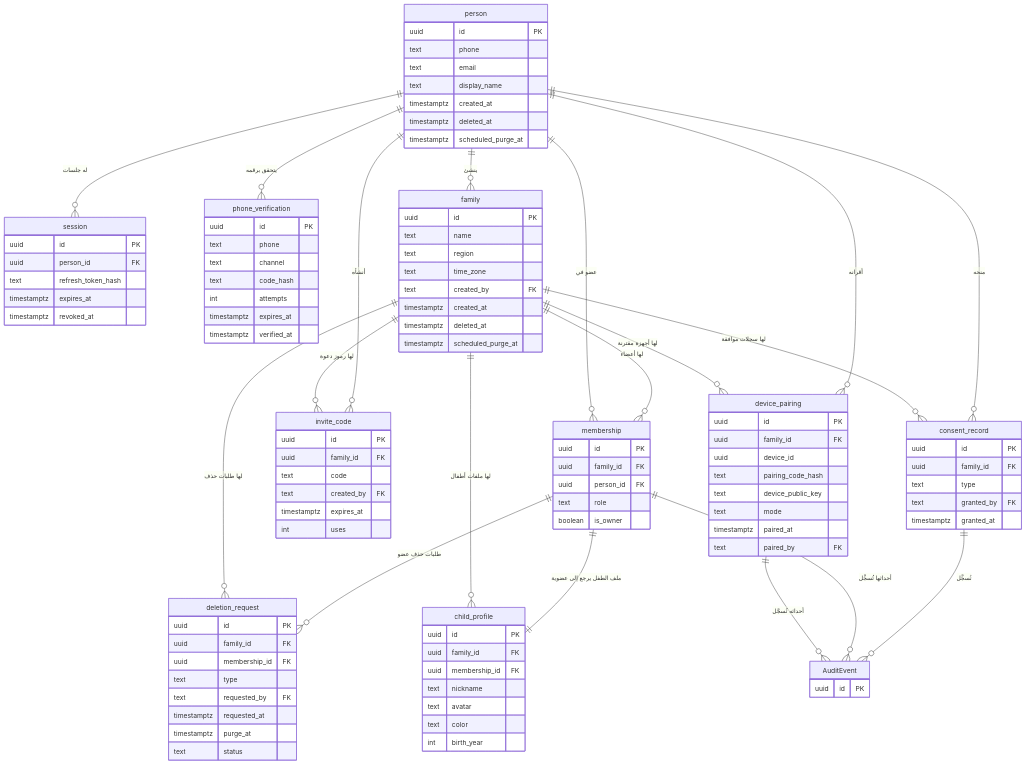
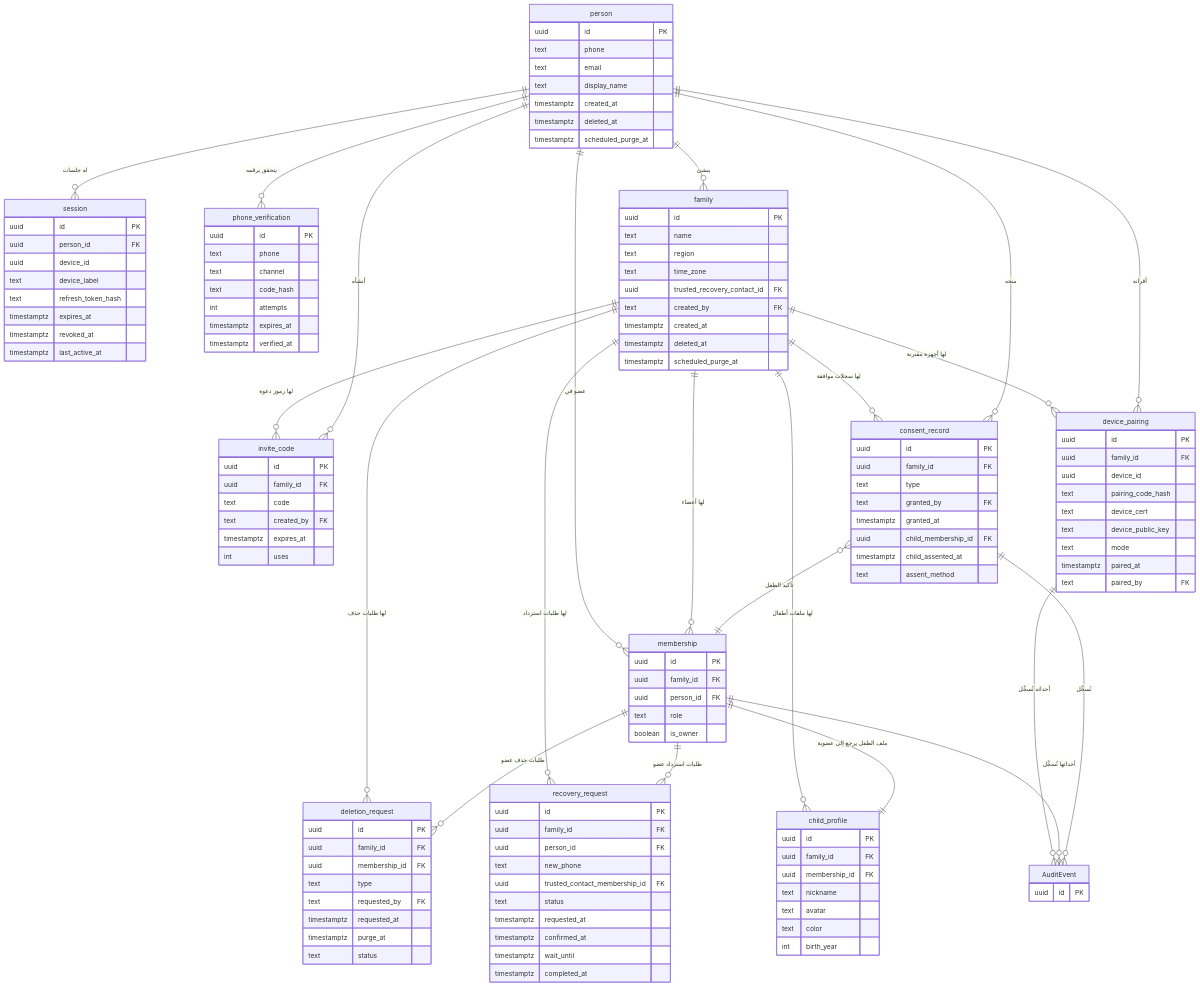
The second of 14 diagrams in docs/family-os/governance/phases/phase-1/S1-02-identity-and-onboarding/DIAGRAMS.md (Bassam-mohammed-alqaeadi/family-os-v2), drawn with Mermaid before and after one commit. The commit also changed other lines of this file and 3 other files, not shown here.

```diff
--- a/docs/family-os/governance/phases/phase-1/S1-02-identity-and-onboarding/DIAGRAMS.md
+++ b/docs/family-os/governance/phases/phase-1/S1-02-identity-and-onboarding/DIAGRAMS.md
@@ -94,7 +94,10 @@
     family ||--o{ device_pairing : "لها أجهزة مقترنة"
     family ||--o{ consent_record : "لها سجلات موافقة"
     family ||--o{ deletion_request : "لها طلبات حذف"
+    family ||--o{ recovery_request : "لها طلبات استرداد"
     membership ||--o{ deletion_request : "طلبات حذف عضو"
+    membership ||--o{ recovery_request : "طلبات استرداد عضو"
+    consent_record }o--|| membership : "تأكيد الطفل"
     membership ||--|| child_profile : "ملف الطفل يرجع إلى عضوية"
     invite_code }o--|| person : "أنشأه"
     device_pairing }o--|| person : "أقرانه"
@@ -124,15 +127,19 @@
     session {
         uuid id PK
         uuid person_id FK
+        uuid device_id
+        text device_label
         text refresh_token_hash
         timestamptz expires_at
         timestamptz revoked_at
+        timestamptz last_active_at
     }
     family {
         uuid id PK
         text name
         text region
         text time_zone
+        uuid trusted_recovery_contact_id FK
         text created_by FK
         timestamptz created_at
         timestamptz deleted_at
@@ -168,6 +175,7 @@
         uuid family_id FK
         uuid device_id
         text pairing_code_hash
+        text device_cert
         text device_public_key
         text mode
         timestamptz paired_at
@@ -179,6 +187,21 @@
         text type
         text granted_by FK
         timestamptz granted_at
+        uuid child_membership_id FK
+        timestamptz child_assented_at
+        text assent_method
+    }
+    recovery_request {
+        uuid id PK
+        uuid family_id FK
+        uuid person_id FK
+        text new_phone
+        uuid trusted_contact_membership_id FK
+        text status
+        timestamptz requested_at
+        timestamptz confirmed_at
+        timestamptz wait_until
+        timestamptz completed_at
     }
     deletion_request {
         uuid id PK
```
